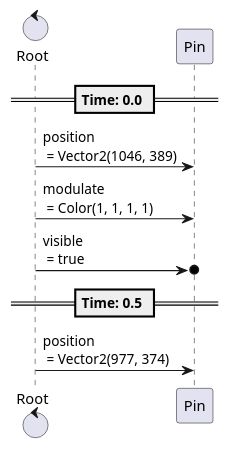
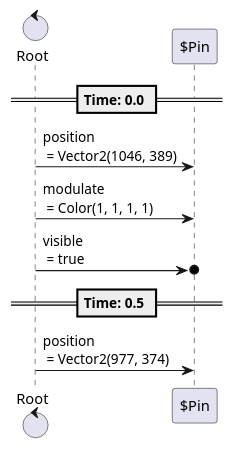
One commit to tkmfujise/Platformer-Game-Learning changed diagram 18 of 24 in content/scenes/src/beginning/chapters/chapters.tscn.adoc. Above: the diagram before and after it, drawn with PlantUML. The commit also changed other lines of this file and 31 other files, not shown here.

Commit message:
Add prefix $ to node name in animation sequences

```diff
--- a/content/scenes/src/beginning/chapters/chapters.tscn.adoc
+++ b/content/scenes/src/beginning/chapters/chapters.tscn.adoc
@@ -731,16 +731,16 @@
 [plantuml]
 ....
-control "Root" as Root
-participant "Pin" as T0
+control "Root" as R
+participant "$Pin" as T0
 
 
 
 == Time: 0.0 ==
-Root  ->  T0 : position\n = Vector2(1046, 389)
-Root  ->  T0 : modulate\n = Color(1, 1, 1, 1)
-Root  ->o  T0 : visible\n = true
+R  ->  T0 : position\n = Vector2(1046, 389)
+R  ->  T0 : modulate\n = Color(1, 1, 1, 1)
+R  ->o  T0 : visible\n = true
 == Time: 0.5 ==
-Root  ->  T0 : position\n = Vector2(977, 374)
+R  ->  T0 : position\n = Vector2(977, 374)
 
 
 ....
```
